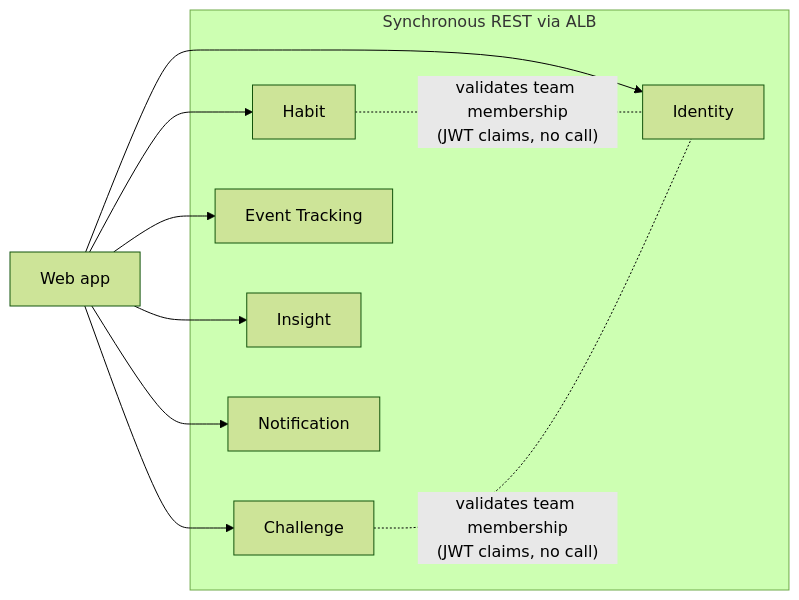
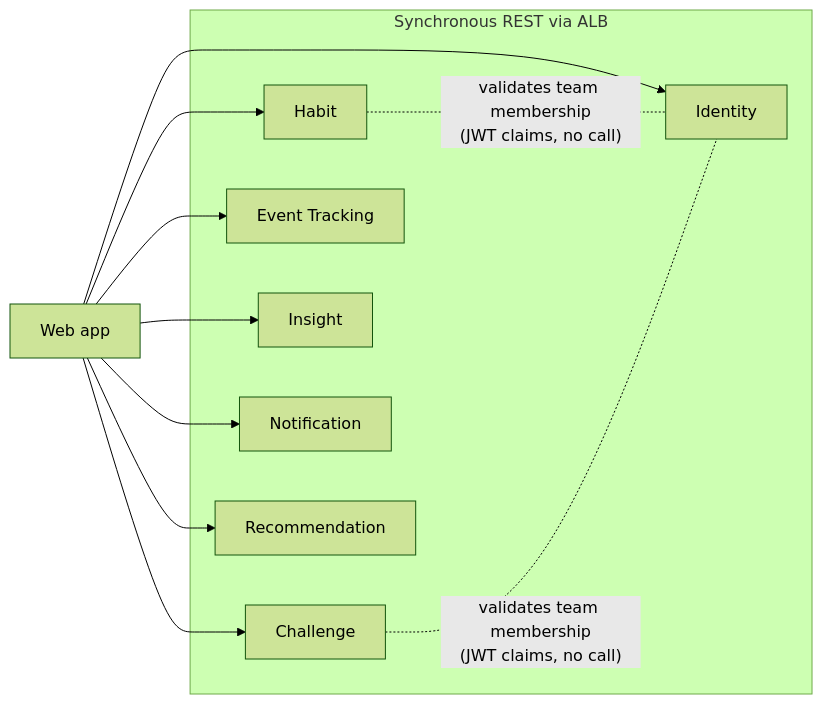
The first of 5 diagrams in docs/architecture/02-microservices.md (srikar2000sundram/TEAM_PULSE_ASSIGNMENT), drawn with Mermaid (forest theme) before and after one commit. The commit also changed other lines of this file and 65 other files, not shown here.

````diff
--- a/docs/architecture/02-microservices.md
+++ b/docs/architecture/02-microservices.md
@@ -5,18 +5,19 @@
 ```mermaid
 flowchart LR
     fe["Web app"]
 
     subgraph sync["Synchronous REST via ALB"]
         id["Identity"]
         hb["Habit"]
         ch["Challenge"]
         et["Event Tracking"]
         in["Insight"]
         nt["Notification"]
+        rc["Recommendation"]
     end
 
-    fe --> id & hb & ch & et & in & nt
+    fe --> id & hb & ch & et & in & nt & rc
 
     hb -. "validates team membership<br/>(JWT claims, no call)" .- id
     ch -. "validates team membership<br/>(JWT claims, no call)" .- id
 ```
````
